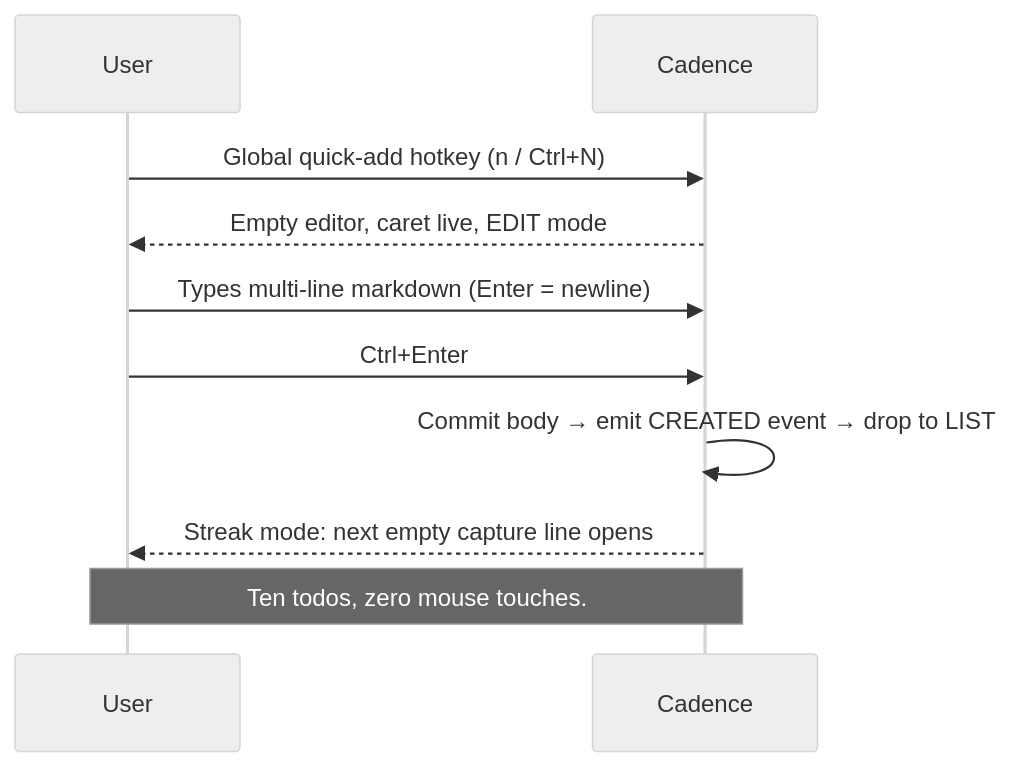
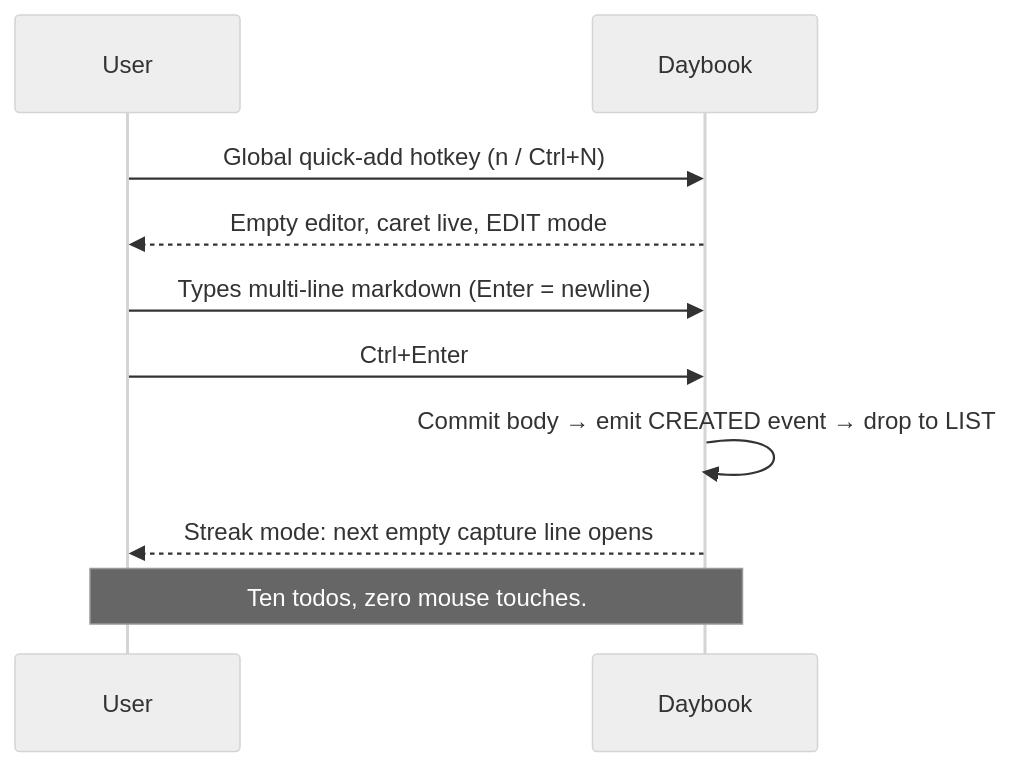
The second of 3 diagrams in projects/todo-app/docs/04-ux-and-interaction.md (erancihan/erancihan), drawn with Mermaid (neutral theme) before and after one commit. The commit also changed other lines of this file and 5 other files, not shown here.

First line of the commit message:
docs(todo-app): rename to Daybook; Alpine/Basecoat stack, m2m Collections, multi-host

````diff
--- a/projects/todo-app/docs/04-ux-and-interaction.md
+++ b/projects/todo-app/docs/04-ux-and-interaction.md
@@ -87,12 +87,12 @@
 ```mermaid
 sequenceDiagram
     participant U as User
-    participant App as Cadence
+    participant App as Daybook
     U->>App: Global quick-add hotkey (n / Ctrl+N)
     App-->>U: Empty editor, caret live, EDIT mode
     U->>App: Types multi-line markdown (Enter = newline)
     U->>App: Ctrl+Enter
     App->>App: Commit body → emit CREATED event → drop to LIST
     App-->>U: Streak mode: next empty capture line opens
     Note over U,App: Ten todos, zero mouse touches.
 ```
````
